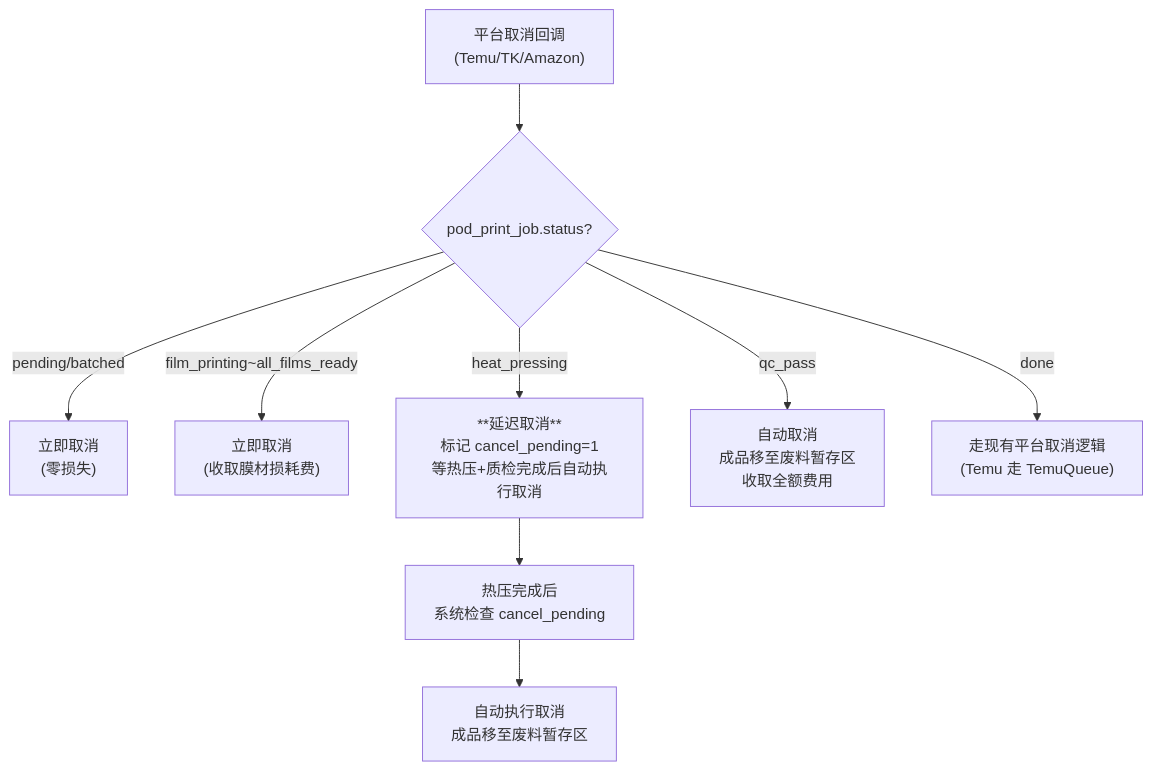
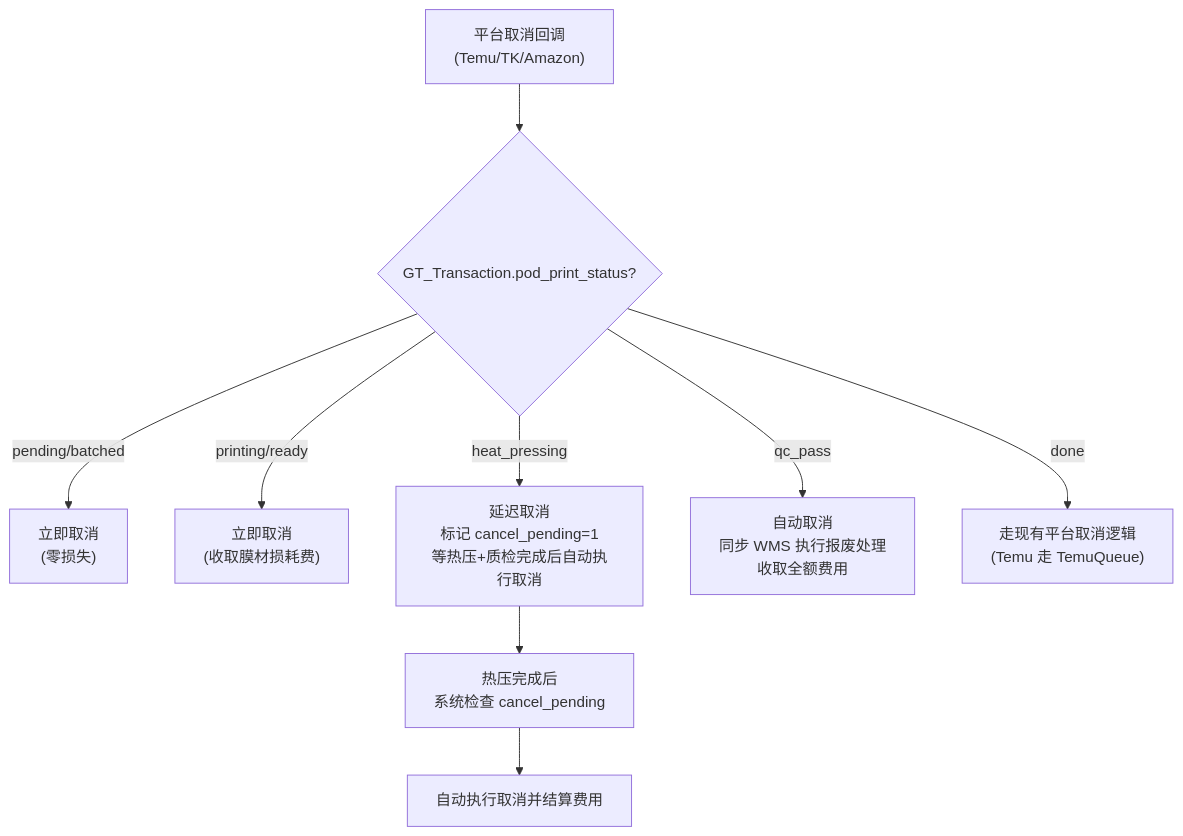
One commit to dennishe629-del/dennis_pm changed the ninth of 9 diagrams in Dennis_PM/prds/pod-design-studio/5-PRD-20260324-v5-ShipSage-卖家设计器.md. Above: the diagram before and after it, drawn with Mermaid. The commit also changed other lines of this file and 27 other files, not shown here.

````diff
--- a/Dennis_PM/prds/pod-design-studio/5-PRD-20260324-v5-ShipSage-卖家设计器.md
+++ b/Dennis_PM/prds/pod-design-studio/5-PRD-20260324-v5-ShipSage-卖家设计器.md
@@ -2472,12 +1575,12 @@
 ```mermaid
 flowchart TD
-    A["平台取消回调<br>(Temu/TK/Amazon)"] --> B{"pod_print_job.status?"}
+    A["平台取消回调<br>(Temu/TK/Amazon)"] --> B{"GT_Transaction.pod_print_status?"}
     B -- "pending/batched" --> C["立即取消<br>(零损失)"]
-    B -- "film_printing~all_films_ready" --> D["立即取消<br>(收取膜材损耗费)"]
-    B -- "heat_pressing" --> E["**延迟取消**<br>标记 cancel_pending=1<br>等热压+质检完成后自动执行取消"]
-    B -- "qc_pass" --> F["自动取消<br>成品移至废料暂存区<br>收取全额费用"]
+    B -- "printing/ready" --> D["立即取消<br>(收取膜材损耗费)"]
+    B -- "heat_pressing" --> E["延迟取消<br>标记 cancel_pending=1<br>等热压+质检完成后自动执行取消"]
+    B -- "qc_pass" --> F["自动取消<br>同步 WMS 执行报废处理<br>收取全额费用"]
     B -- "done" --> G["走现有平台取消逻辑<br>(Temu 走 TemuQueue)"]
 
     E --> H["热压完成后<br>系统检查 cancel_pending"]
-    H --> I["自动执行取消<br>成品移至废料暂存区"]
+    H --> I["自动执行取消并结算费用"]
 ```
````
